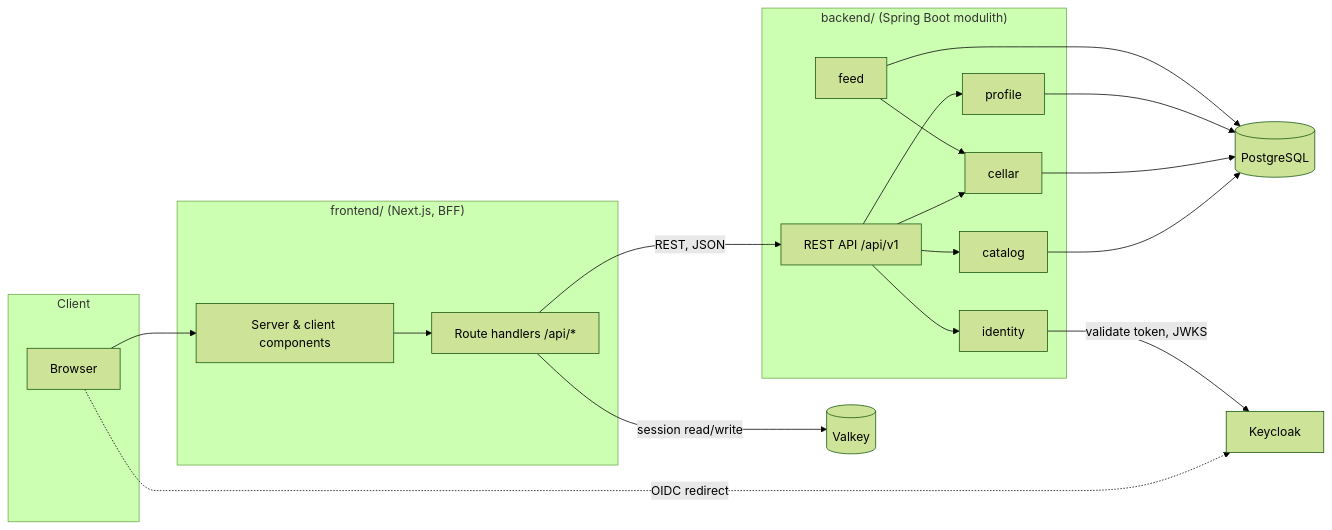
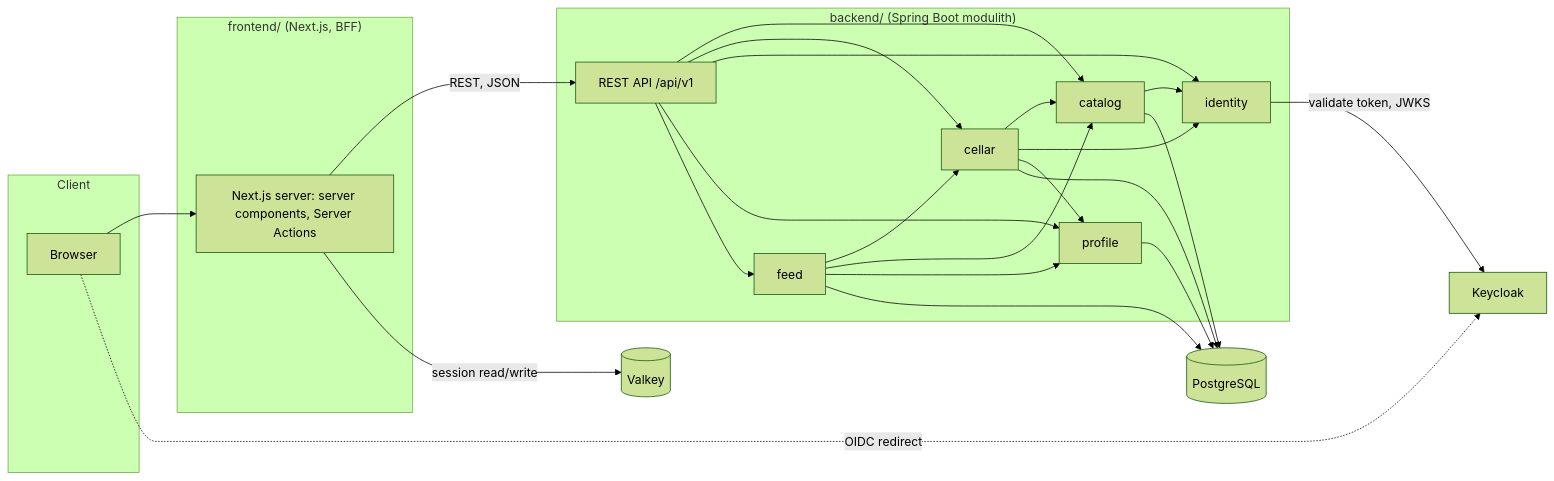
Before and after one commit to MiguelSombrero/kalia: the diagram in docs/architecture.md, drawn with Mermaid (forest theme). The commit also changed other lines of this file and 25 other files, not shown here.

````diff
--- a/docs/architecture.md
+++ b/docs/architecture.md
@@ -53,27 +53,27 @@
 ```mermaid
 flowchart LR
     subgraph Client
         Browser
     end
     subgraph Frontend["frontend/ (Next.js, BFF)"]
-        UI[Server & client components]
-        RH[Route handlers /api/*]
+        NX[Next.js server: server components, Server Actions]
     end
     subgraph Backend["backend/ (Spring Boot modulith)"]
         API[REST API /api/v1]
         CAT[catalog]
         CEL[cellar]
         IDN[identity]
         PROF[profile]
         FED[feed]
     end
-    Browser --> UI
-    UI --> RH
-    RH -->|REST, JSON| API
-    API --> CAT & CEL & IDN & PROF
-    FED --> CEL
+    Browser --> NX
+    NX -->|REST, JSON| API
+    API --> CAT & CEL & IDN & PROF & FED
+    CAT --> IDN
+    CEL --> CAT & IDN & PROF
+    FED --> CEL & CAT & PROF
     CAT & CEL & PROF & FED --> PG[(PostgreSQL)]
     Browser -.->|OIDC redirect| KC[Keycloak]
-    RH -->|session read/write| VK[(Valkey)]
+    NX -->|session read/write| VK[(Valkey)]
     IDN -->|validate token, JWKS| KC
 ```
````
